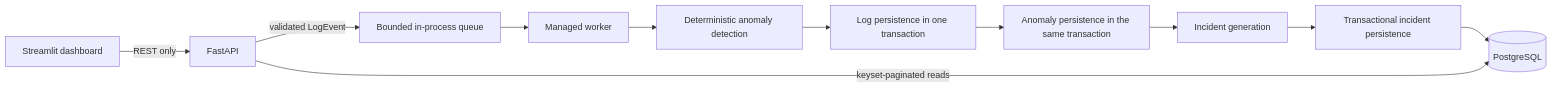
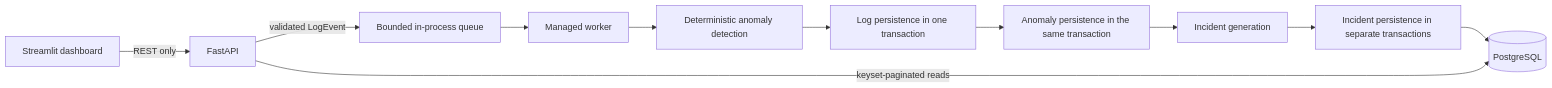
The diagram in README.md (FawazDev-cmd/sentinelstream), drawn with Mermaid before and after one commit. The commit also changed other lines of this file, not shown here.

Commit message:
docs: clarify persistence, correlation, and readiness claims

````diff
--- a/README.md
+++ b/README.md
@@ -61,13 +63,13 @@
 ```mermaid
 flowchart LR
     UI["Streamlit dashboard"] -->|"REST only"| API["FastAPI"]
     API -->|"validated LogEvent"| Q["Bounded in-process queue"]
     Q --> W["Managed worker"]
     W --> AD["Deterministic anomaly detection"]
     AD --> LP["Log persistence in one transaction"]
     LP --> AP["Anomaly persistence in the same transaction"]
     AP --> IG["Incident generation"]
-    IG --> IP["Transactional incident persistence"]
+    IG --> IP["Incident persistence in separate transactions"]
     IP --> DB[("PostgreSQL")]
     API -->|"keyset-paginated reads"| DB
 ```
````
